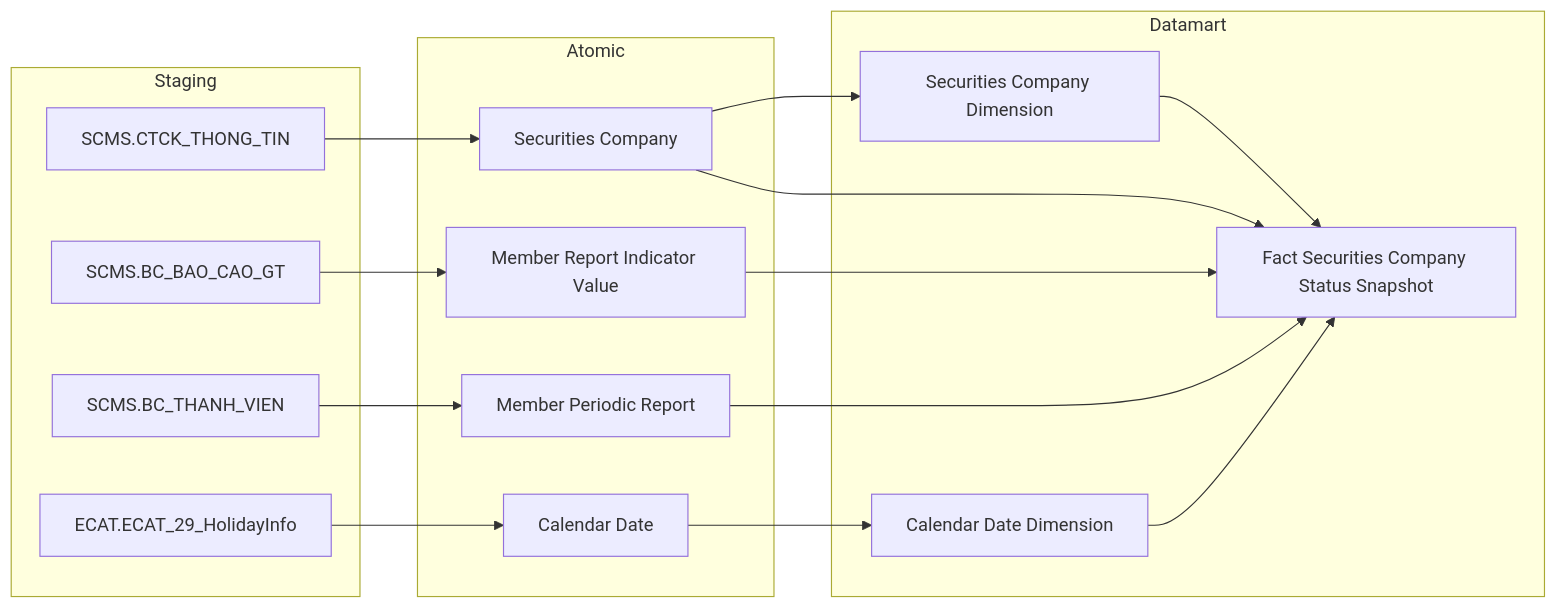
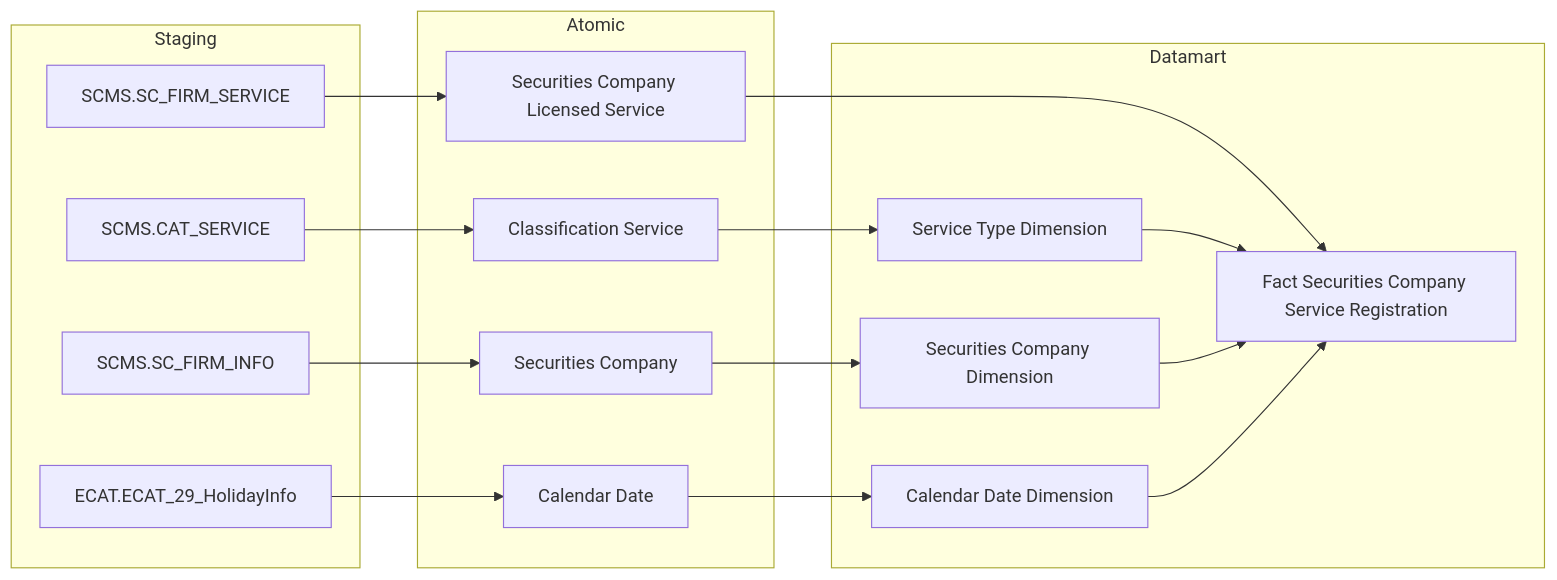
Before and after one commit to linhlvit/ubck_atomic_design: the second of 30 diagrams in Datamart/hld/DTM_QLKD_HLD.md, drawn with Mermaid. The commit also changed other lines of this file and 35 other files, not shown here.

````diff
--- a/Datamart/hld/DTM_QLKD_HLD.md
+++ b/Datamart/hld/DTM_QLKD_HLD.md
@@ -14,36 +61,37 @@
 ```mermaid
 flowchart LR
     subgraph SRC["Staging"]
-        S1["SCMS.CTCK_THONG_TIN"]
-        S2["SCMS.BC_BAO_CAO_GT"]
-        S3["SCMS.BC_THANH_VIEN"]
+        S1["SCMS.SC_FIRM_SERVICE"]
+        S2["SCMS.CAT_SERVICE"]
+        S3["SCMS.SC_FIRM_INFO"]
         ECAT_ECAT_29_HolidayInfo["ECAT.ECAT_29_HolidayInfo"]
     end
 
     subgraph SIL["Atomic"]
-        SV1["Securities Company"]
-        SV2["Member Report Indicator Value"]
-        SV3["Member Periodic Report"]
+        SV1["Securities Company Licensed Service"]
+        SV4["Classification Service"]
+        SV2["Securities Company"]
         Calendar_Date["Calendar Date"]
     end
 
     subgraph Datamart["Datamart"]
-        G1["Fact Securities Company Status Snapshot"]
-        G2["Securities Company Dimension"]
-        G3["Calendar Date Dimension"]
+        G1["Fact Securities Company Service Registration"]
+        G2["Service Type Dimension"]
+        G3["Securities Company Dimension"]
+        G4["Calendar Date Dimension"]
     end
 
     S1 --> SV1
-    S2 --> SV2
-    S3 --> SV3
+    S2 --> SV4
+    S3 --> SV2
     ECAT_ECAT_29_HolidayInfo --> Calendar_Date
 
-    SV1 --> G2
     SV1 --> G1
-    SV2 --> G1
-    SV3 --> G1
-    Calendar_Date --> G3
+    SV4 --> G2
+    SV2 --> G3
+    Calendar_Date --> G4
 
     G2 --> G1
     G3 --> G1
+    G4 --> G1
 ```
````
